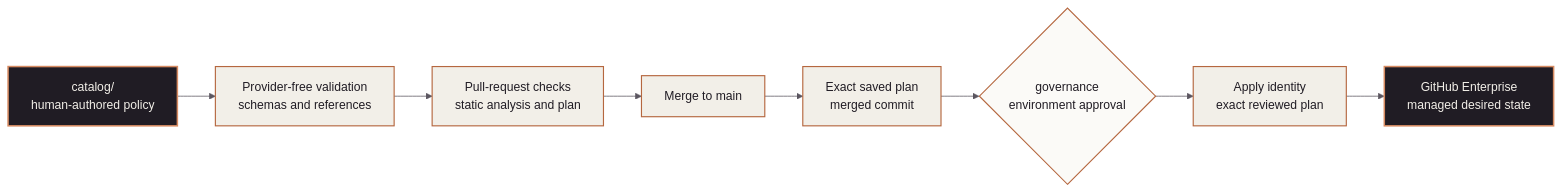
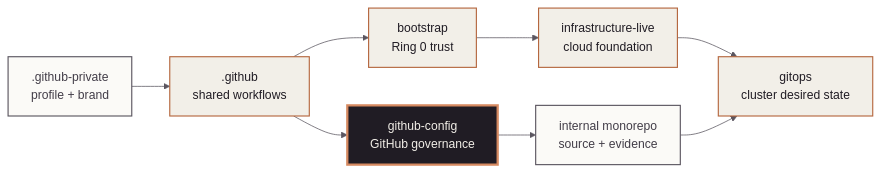
Before and after one commit to mindclade/github-config-old: the diagram in README.md, drawn with Mermaid. The commit also changed other lines of this file and 36 other files, not shown here.

Commit message:
feat(governance): harden enterprise policy controls

````diff
--- a/README.md
+++ b/README.md
@@ -55,18 +72,18 @@
 ```mermaid
+%% current: github-config %%
 %%{init: {"theme":"base","themeVariables":{"primaryColor":"#F2EFE8","primaryTextColor":"#201C24","primaryBorderColor":"#B5673F","secondaryColor":"#FBFAF7","tertiaryColor":"#FBFAF7","lineColor":"#5B5660","edgeLabelBackground":"#FBFAF7","clusterBkg":"#FBFAF7","clusterBorder":"#E2DED4"}}}%%
 flowchart LR
-    C["catalog/<br/>human-authored policy"] --> V["Provider-free validation<br/>schemas and references"]
-    V --> P["Pull-request checks<br/>static analysis and plan"]
-    P --> M["Merge to main"]
-    M --> E["Exact saved plan<br/>merged commit"]
-    E --> G{"governance<br/>environment approval"}
-    G --> A["Apply identity<br/>exact reviewed plan"]
-    A --> GH["GitHub Enterprise<br/>managed desired state"]
-
-    classDef authority fill:#201C24,color:#F2EFE8,stroke:#D68A61,stroke-width:2px;
+    GHP[".github-private<br/>profile + brand"] --> GH[".github<br/>shared workflows"]
+    GH --> GC["github-config<br/>GitHub governance"]
+    GH --> BS["bootstrap<br/>Ring 0 trust"]
+    BS --> IL["infrastructure-live<br/>cloud foundation"]
+    IL --> GO["gitops<br/>cluster desired state"]
+    MO["internal monorepo<br/>source + evidence"] --> GO
+    GC --> MO
+    classDef current fill:#201C24,color:#F2EFE8,stroke:#D68A61,stroke-width:3px;
     classDef managed fill:#F2EFE8,color:#201C24,stroke:#B5673F,stroke-width:1.5px;
-    classDef approval fill:#FBFAF7,color:#201C24,stroke:#B5673F,stroke-width:1.5px;
-    class C,GH authority;
-    class V,P,M,E,A managed;
-    class G approval;
+    classDef source fill:#FBFAF7,color:#423D48,stroke:#5B5660,stroke-width:1.5px;
+    class GC current;
+    class GH,BS,IL,GO managed;
+    class GHP,MO source;
 ```
````
